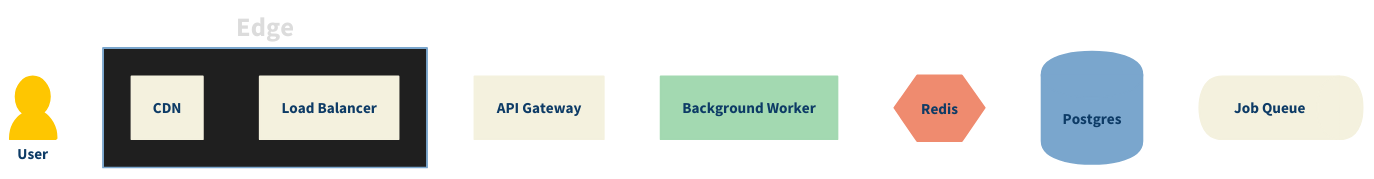
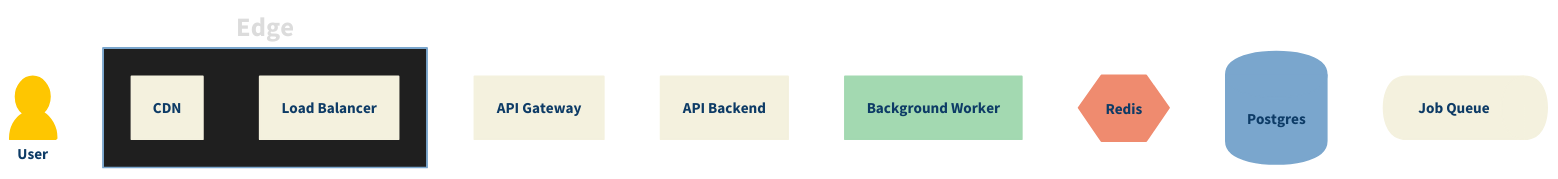
The diagram in example/nodes.d2 (Sotilrac/daedalus), drawn with D2 before and after one commit. The commit also changed 5 other files, not shown here.

```diff
--- a/example/nodes.d2
+++ b/example/nodes.d2
@@ -1,82 +1,92 @@
 user: User {
   shape: person
   style: {
     fill: "#fec601"
     stroke: "#fec601"
     font-color: "#0d3b66"
   }
 }
 
 edge: Edge {
   style: {
     stroke: "#7aa6cd"
     stroke-width: 2
     fill: "#1f1f1f"
     font-color: "#dcdcdc"
     bold: true
   }
 
   cdn: CDN {
     style: {
       fill: "#f4f1de"
       stroke: "#f4f1de"
       font-color: "#0d3b66"
     }
   }
 
   lb: Load Balancer {
     style: {
       fill: "#f4f1de"
       stroke: "#f4f1de"
       font-color: "#0d3b66"
     }
   }
 }
 
 api: API Gateway {
+  style: {
+    fill: "#f4f1de"
+    stroke: "#f4f1de"
+    stroke-width: 2
+    font-color: "#0d3b66"
+    bold: true
+  }
+}
+
+apib: API Backend {
   style: {
     fill: "#f4f1de"
     stroke: "#f4f1de"
     stroke-width: 2
     font-color: "#0d3b66"
     bold: true
   }
 }
 
 worker: Background Worker {
   style: {
     fill: "#a3d9b1"
     stroke: "#a3d9b1"
     font-color: "#0d3b66"
   }
 }
 
 cache: Redis {
   shape: hexagon
   style: {
     fill: "#ef8b6f"
     stroke: "#ef8b6f"
     font-color: "#0d3b66"
     bold: true
   }
 }
 
 db: Postgres {
   shape: cylinder
   style: {
     fill: "#7aa6cd"
     stroke: "#7aa6cd"
     stroke-width: 2
     font-color: "#0d3b66"
     bold: true
   }
 }
 
 queue: Job Queue {
   shape: queue
   style: {
     fill: "#f4f1de"
     stroke: "#f4f1de"
     font-color: "#0d3b66"
   }
 }
```
